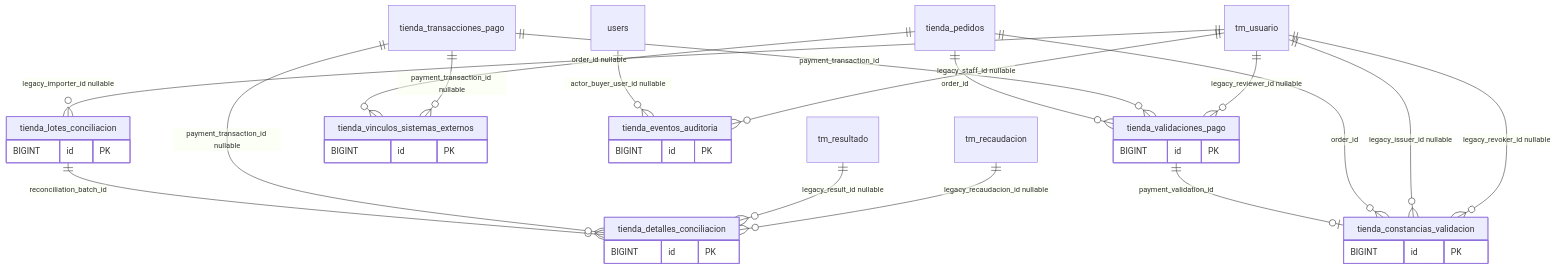
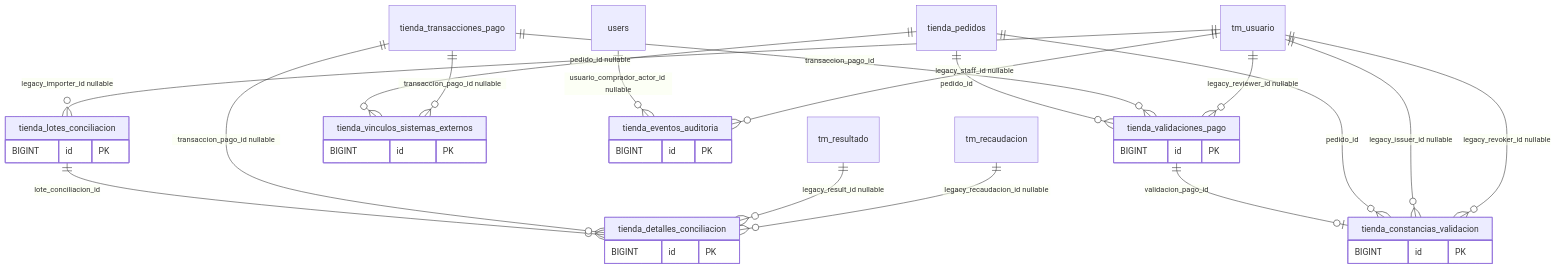
Before and after one commit to JIMMY1012102/UNDC-Pagos-Posgrado: the diagram in docs/modelo-datos/06_TESORERIA.md, drawn with Mermaid. The commit also changed 23 other files, not shown here.

````diff
--- a/docs/modelo-datos/06_TESORERIA.md
+++ b/docs/modelo-datos/06_TESORERIA.md
@@ -5,37 +5,37 @@
 ```mermaid
 erDiagram
   tienda_lotes_conciliacion {
     BIGINT id PK
   }
   tienda_detalles_conciliacion {
     BIGINT id PK
   }
   tienda_validaciones_pago {
     BIGINT id PK
   }
   tienda_constancias_validacion {
     BIGINT id PK
   }
   tienda_vinculos_sistemas_externos {
     BIGINT id PK
   }
   tienda_eventos_auditoria {
     BIGINT id PK
   }
   tm_usuario ||--o{ tienda_lotes_conciliacion : "legacy_importer_id nullable"
-  tienda_lotes_conciliacion ||--o{ tienda_detalles_conciliacion : "reconciliation_batch_id"
-  tienda_transacciones_pago ||--o{ tienda_detalles_conciliacion : "payment_transaction_id nullable"
+  tienda_lotes_conciliacion ||--o{ tienda_detalles_conciliacion : "lote_conciliacion_id"
+  tienda_transacciones_pago ||--o{ tienda_detalles_conciliacion : "transaccion_pago_id nullable"
   tm_resultado ||--o{ tienda_detalles_conciliacion : "legacy_result_id nullable"
   tm_recaudacion ||--o{ tienda_detalles_conciliacion : "legacy_recaudacion_id nullable"
-  tienda_pedidos ||--o{ tienda_vinculos_sistemas_externos : "order_id nullable"
-  tienda_transacciones_pago ||--o{ tienda_vinculos_sistemas_externos : "payment_transaction_id nullable"
-  tienda_pedidos ||--o{ tienda_validaciones_pago : "order_id"
-  tienda_transacciones_pago ||--o{ tienda_validaciones_pago : "payment_transaction_id"
+  tienda_pedidos ||--o{ tienda_vinculos_sistemas_externos : "pedido_id nullable"
+  tienda_transacciones_pago ||--o{ tienda_vinculos_sistemas_externos : "transaccion_pago_id nullable"
+  tienda_pedidos ||--o{ tienda_validaciones_pago : "pedido_id"
+  tienda_transacciones_pago ||--o{ tienda_validaciones_pago : "transaccion_pago_id"
   tm_usuario ||--o{ tienda_validaciones_pago : "legacy_reviewer_id nullable"
-  tienda_validaciones_pago ||--o| tienda_constancias_validacion : "payment_validation_id"
-  tienda_pedidos ||--o{ tienda_constancias_validacion : "order_id"
+  tienda_validaciones_pago ||--o| tienda_constancias_validacion : "validacion_pago_id"
+  tienda_pedidos ||--o{ tienda_constancias_validacion : "pedido_id"
   tm_usuario ||--o{ tienda_constancias_validacion : "legacy_issuer_id nullable"
   tm_usuario ||--o{ tienda_constancias_validacion : "legacy_revoker_id nullable"
-  users ||--o{ tienda_eventos_auditoria : "actor_buyer_user_id nullable"
+  users ||--o{ tienda_eventos_auditoria : "usuario_comprador_actor_id nullable"
   tm_usuario ||--o{ tienda_eventos_auditoria : "legacy_staff_id nullable"
 ```
````
